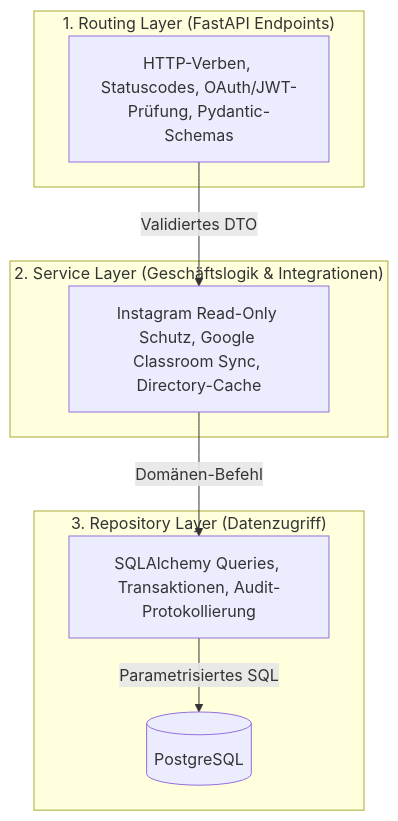
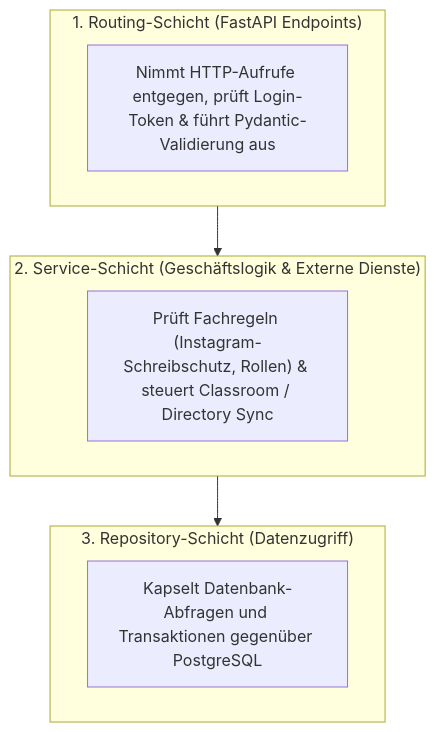
Before and after one commit to Pascal-Thommen/pascal-thommen.github.io: the second of 2 diagrams in content/posts/upa-campus-app-architecture-part-5/index.de.md, drawn with Mermaid. The commit also changed other lines of this file and 25 other files, not shown here.

````diff
--- a/content/posts/upa-campus-app-architecture-part-5/index.de.md
+++ b/content/posts/upa-campus-app-architecture-part-5/index.de.md
@@ -112,17 +89,13 @@
 ```mermaid
 flowchart TD
-    subgraph PresentationLayer["1. Routing Layer (FastAPI Endpoints)"]
-        Router["HTTP-Verben, Statuscodes, OAuth/JWT-Prüfung, Pydantic-Schemas"]
+    subgraph Layer1["1. Routing-Schicht (FastAPI Endpoints)"]
+        R["Nimmt HTTP-Aufrufe entgegen, prüft Login-Token & führt Pydantic-Validierung aus"]
     end
-    subgraph BusinessLayer["2. Service Layer (Geschäftslogik & Integrationen)"]
-        Service["Instagram Read-Only Schutz, Google Classroom Sync, Directory-Cache"]
+    subgraph Layer2["2. Service-Schicht (Geschäftslogik & Externe Dienste)"]
+        S["Prüft Fachregeln (Instagram-Schreibschutz, Rollen) & steuert Classroom / Directory Sync"]
     end
-    subgraph PersistenceLayer["3. Repository Layer (Datenzugriff)"]
-        Repo["SQLAlchemy Queries, Transaktionen, Audit-Protokollierung"]
-        DB[(PostgreSQL)]
+    subgraph Layer3["3. Repository-Schicht (Datenzugriff)"]
+        D["Kapselt Datenbank-Abfragen und Transaktionen gegenüber PostgreSQL"]
     end
-
-    Router -->|Validiertes DTO| Service
-    Service -->|Domänen-Befehl| Repo
-    Repo -->|Parametrisiertes SQL| DB
+    Layer1 --> Layer2 --> Layer3
 ```
````
